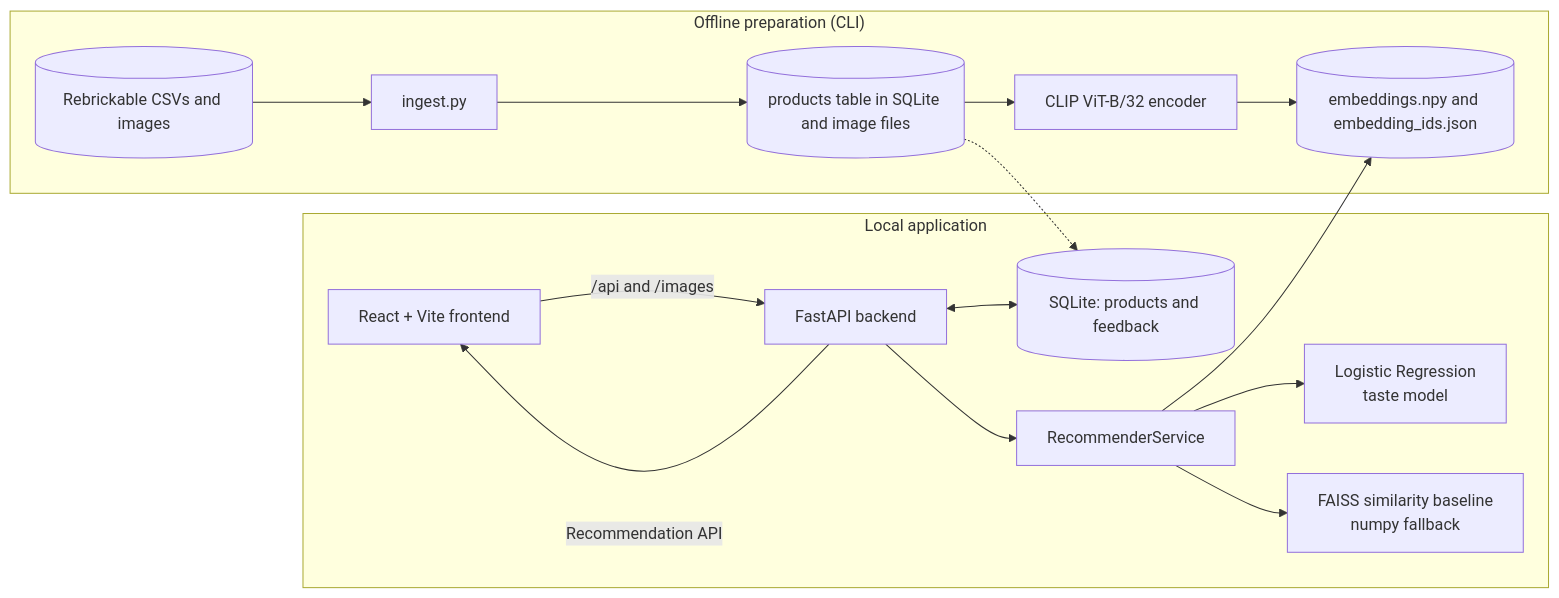
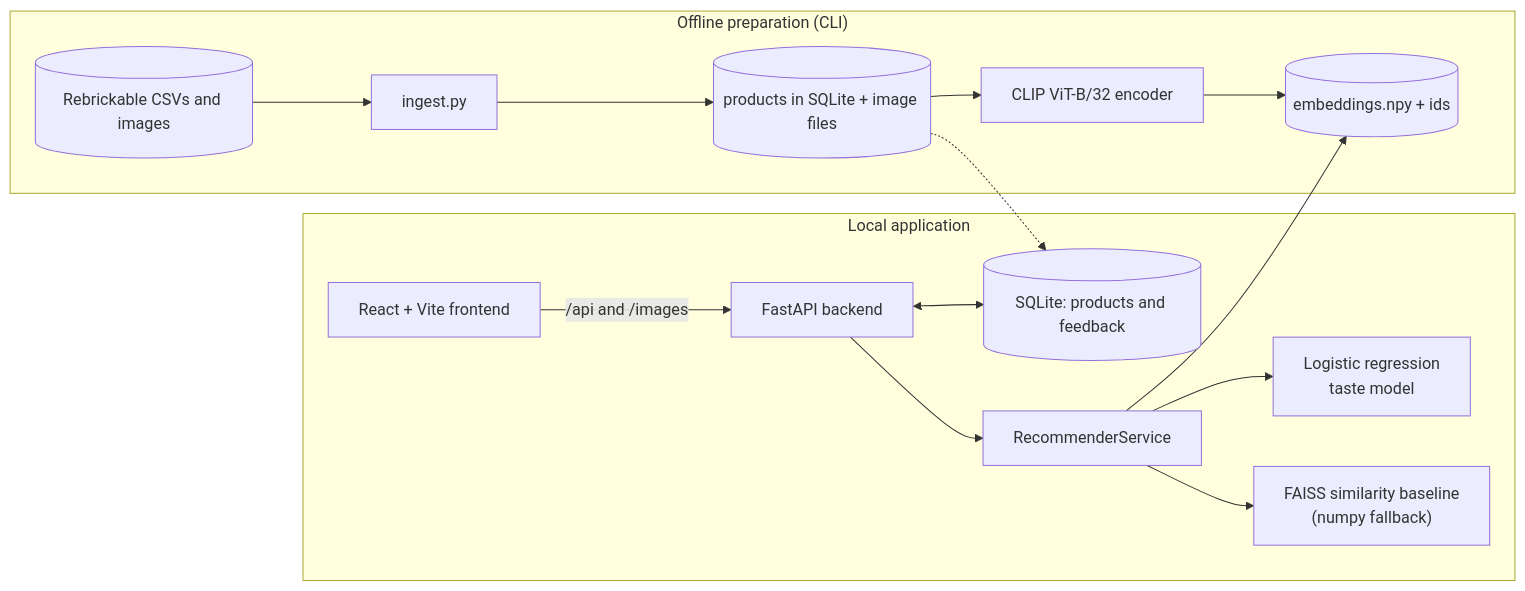
One commit to chamodiHsenevirathna/brickwise changed the second of 2 diagrams in README.md. Above: the diagram before and after it, drawn with Mermaid. The commit also changed other lines of this file and 23 other files, not shown here.

````diff
--- a/README.md
+++ b/README.md
@@ -160,21 +179,18 @@
 ```mermaid
 flowchart LR
     subgraph Offline["Offline preparation (CLI)"]
         RB[("Rebrickable CSVs and images")] --> ING["ingest.py"]
-        ING --> CAT[("products table in SQLite and image files")]
+        ING --> CAT[("products in SQLite + image files")]
         CAT --> CLIP["CLIP ViT-B/32 encoder"]
-        CLIP --> EMB[("embeddings.npy and embedding_ids.json")]
+        CLIP --> EMB[("embeddings.npy + ids")]
     end
-
     subgraph Online["Local application"]
         FE["React + Vite frontend"] -->|"/api and /images"| API["FastAPI backend"]
         API <--> DB[("SQLite: products and feedback")]
         API --> SVC["RecommenderService"]
         SVC --> EMB
-        SVC --> LR["Logistic Regression<br/>taste model"]
-        SVC --> FAISS["FAISS similarity baseline<br/>numpy fallback"]
+        SVC --> LR["Logistic regression<br/>taste model"]
+        SVC --> FAISS["FAISS similarity baseline<br/>(numpy fallback)"]
     end
-
     CAT -.-> DB
-    API -->|"Recommendation API"| FE
 ```
````
